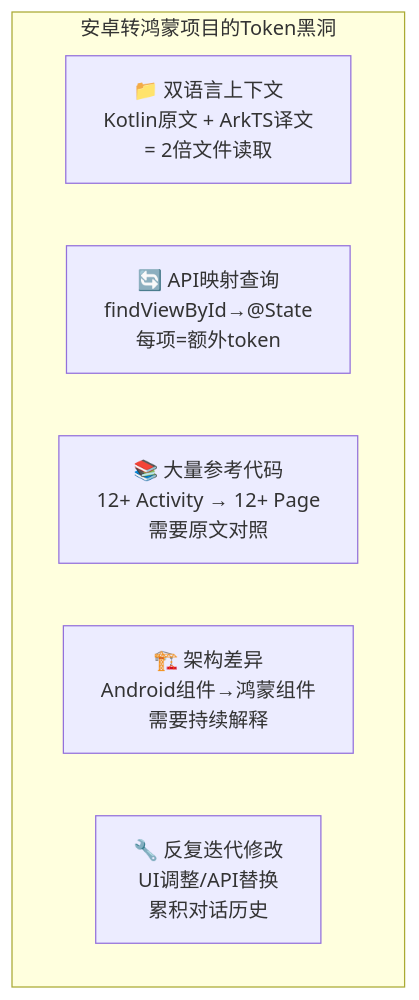
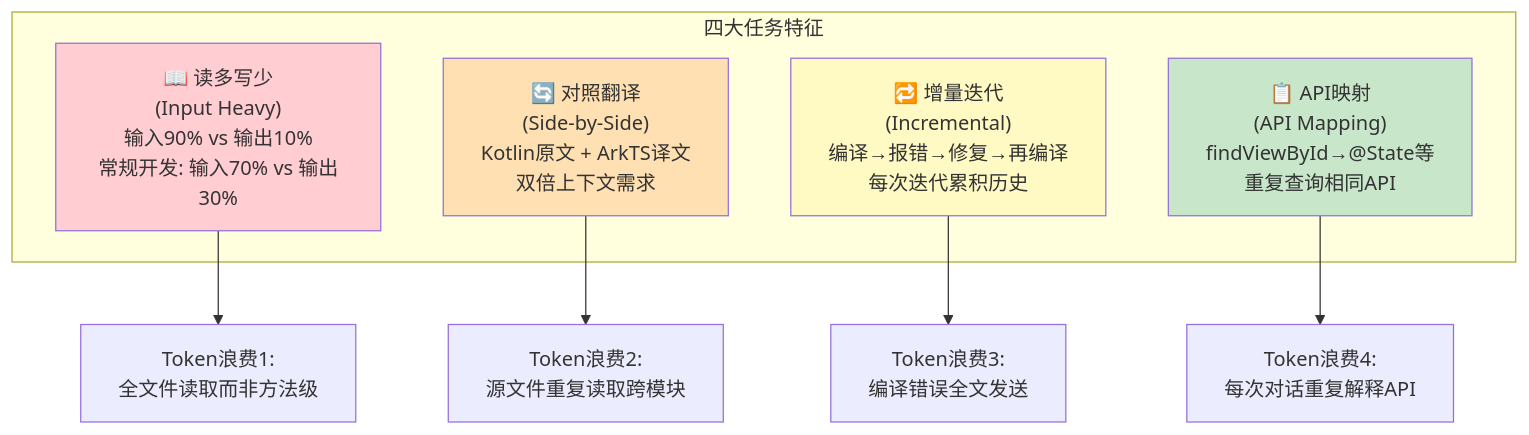
Before and after one commit to JungleTestLabs/claude-token-optimization: the first of 5 diagrams in docs/07-安卓转鸿蒙场景应用.md, drawn with Mermaid. The commit also changed other lines of this file and 3 other files, not shown here.

First line of the commit message:
docs: 深化安卓转鸿蒙任务特征分析(读多写少/对照翻译/增量迭代/API映射)

````diff
--- a/docs/07-安卓转鸿蒙场景应用.md
+++ b/docs/07-安卓转鸿蒙场景应用.md
@@ -11,10 +9,19 @@
 ```mermaid
 flowchart TB
-    subgraph "安卓转鸿蒙项目的Token黑洞"
-        A["📁 双语言上下文<br/>Kotlin原文 + ArkTS译文<br/>= 2倍文件读取"]
-        B["🔄 API映射查询<br/>findViewById→@State<br/>每项=额外token"]
-        C["📚 大量参考代码<br/>12+ Activity → 12+ Page<br/>需要原文对照"]
-        D["🏗️ 架构差异<br/>Android组件→鸿蒙组件<br/>需要持续解释"]
-        E["🔧 反复迭代修改<br/>UI调整/API替换<br/>累积对话历史"]
+    subgraph "四大任务特征"
+        A["📖 读多写少<br/>(Input Heavy)<br/>输入90% vs 输出10%<br/>常规开发: 输入70% vs 输出30%"]
+        B["🔄 对照翻译<br/>(Side-by-Side)<br/>Kotlin原文 + ArkTS译文<br/>双倍上下文需求"]
+        C["🔁 增量迭代<br/>(Incremental)<br/>编译→报错→修复→再编译<br/>每次迭代累积历史"]
+        D["📋 API映射<br/>(API Mapping)<br/>findViewById→@State等<br/>重复查询相同API"]
     end
+    
+    A --> W1["Token浪费1:<br/>全文件读取而非方法级"]
+    B --> W2["Token浪费2:<br/>源文件重复读取跨模块"]
+    C --> W3["Token浪费3:<br/>编译错误全文发送"]
+    D --> W4["Token浪费4:<br/>每次对话重复解释API"]
+    
+    style A fill:#ffcdd2
+    style B fill:#ffe0b2
+    style C fill:#fff9c4
+    style D fill:#c8e6c9
 ```
````
